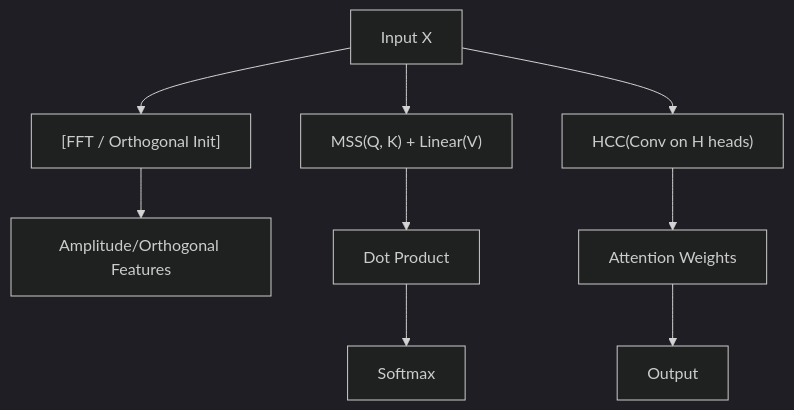
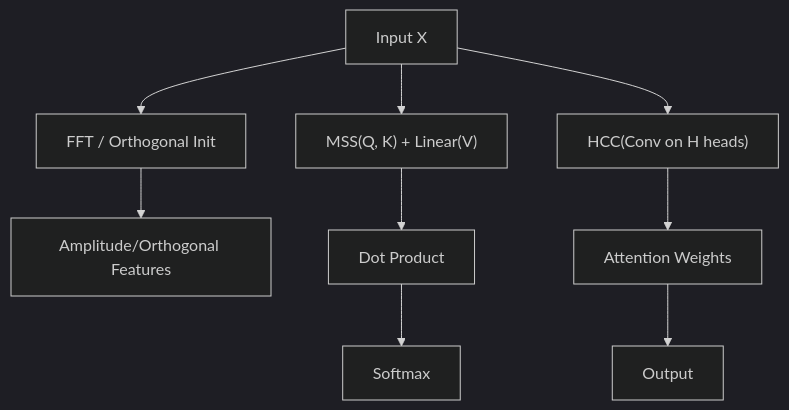
Before and after one commit to sou350121/Trading-Handbook: the diagram in foundations/time-series-forecasting/fsatten-soatten.md, drawn with Mermaid (dark theme). The commit also changed 191 other files, not shown here.

First line of the commit message:
render: fix math + mermaid for GitHub across the corpus (188 pages)

````diff
--- a/foundations/time-series-forecasting/fsatten-soatten.md
+++ b/foundations/time-series-forecasting/fsatten-soatten.md
@@ -29,11 +29,11 @@
 ```mermaid
 flowchart TD
-  A["Input X"] --> B["[FFT / Orthogonal Init]"]
+  A["Input X"] --> B["FFT / Orthogonal Init"]
   B --> C["Amplitude/Orthogonal Features"]
   A --> D["MSS(Q, K) + Linear(V)"]
   D --> E["Dot Product"]
   E --> F["Softmax"]
   A --> G["HCC(Conv on H heads)"]
   G --> H["Attention Weights"]
   H --> I["Output"]
 ```
````
